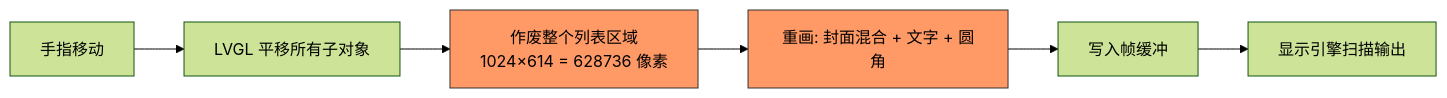
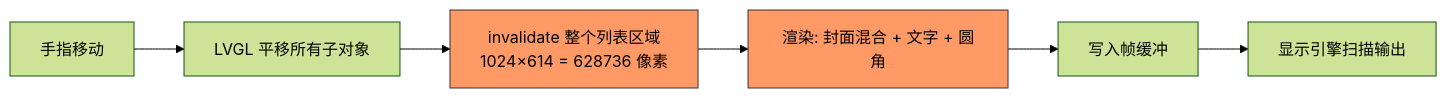
One commit to YuzukiTsuru/YuzukiTsuru.GitHub.io changed the first of 6 diagrams in source/_posts/2026-10-14-lvgl-fast-scroll.md. Above: the diagram before and after it, drawn with Mermaid (forest theme). The commit also changed other lines of this file and 2 other files, not shown here.

````diff
--- a/source/_posts/2026-10-14-lvgl-fast-scroll.md
+++ b/source/_posts/2026-10-14-lvgl-fast-scroll.md
@@ -17,10 +17,10 @@
 ```mermaid
 flowchart LR
     A[手指移动] --> B[LVGL 平移所有子对象]
-    B --> C["作废整个列表区域<br/>1024×614 = 628736 像素"]
-    C --> D[重画: 封面混合 + 文字 + 圆角]
+    B --> C["invalidate 整个列表区域<br/>1024×614 = 628736 像素"]
+    C --> D[渲染: 封面混合 + 文字 + 圆角]
     D --> E[写入帧缓冲]
     E --> F[显示引擎扫描输出]
     style C fill:#f96,stroke:#333
     style D fill:#f96,stroke:#333
 ```
````
